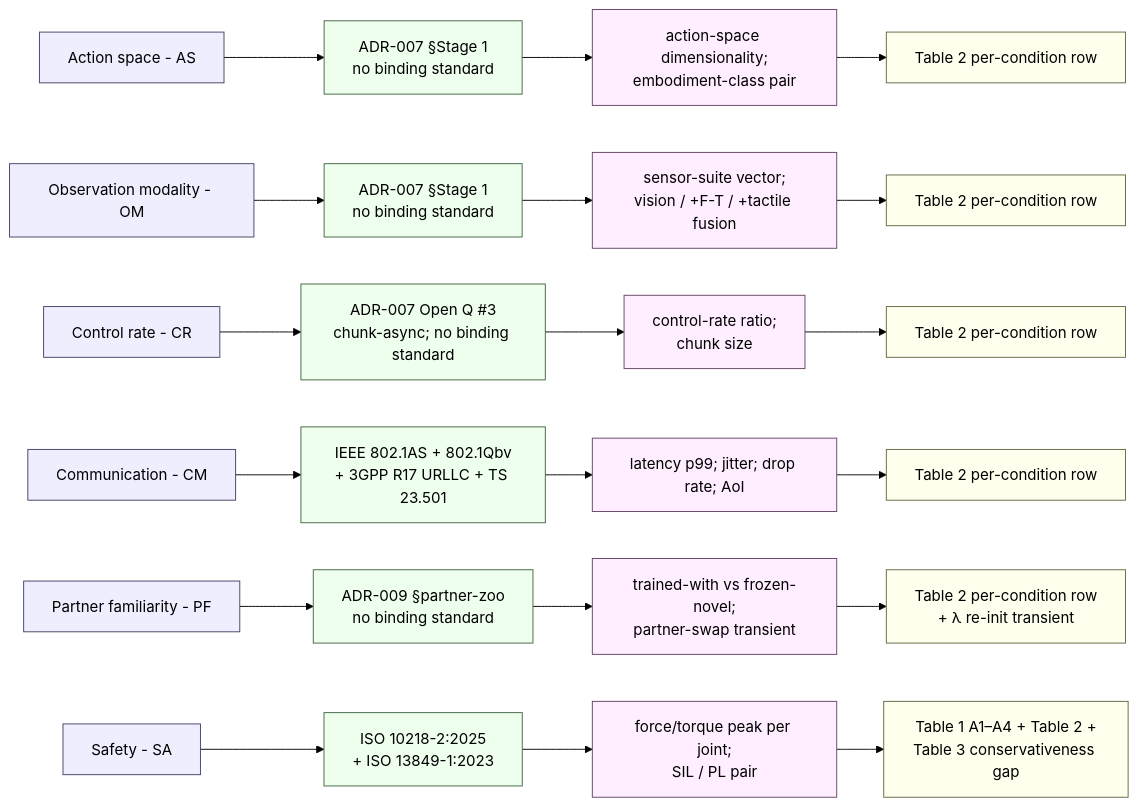
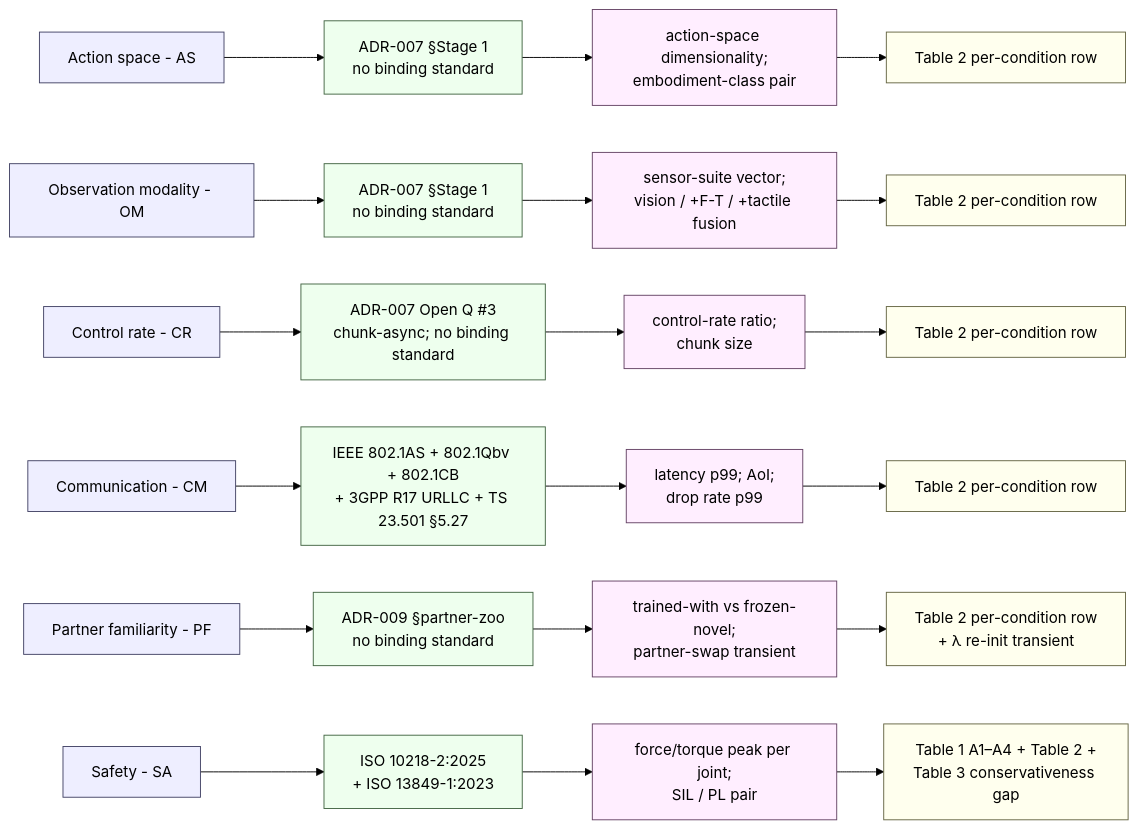
Before and after one commit to fsafaei/concerto: the diagram in docs/reference/standards.md, drawn with Mermaid (forest theme). The commit also changed other lines of this file and 2 other files, not shown here.

First line of the commit message:
docs(adr-003+006): cite TSN clause-level standards underneath URLLC (#84)

````diff
--- a/docs/reference/standards.md
+++ b/docs/reference/standards.md
@@ -106,42 +186,42 @@
 ```mermaid
 flowchart LR
     classDef axis    fill:#eef,stroke:#446,stroke-width:1px;
     classDef std     fill:#efe,stroke:#464,stroke-width:1px;
     classDef metric  fill:#fef,stroke:#646,stroke-width:1px;
     classDef report  fill:#ffe,stroke:#664,stroke-width:1px;
 
     AS[Action space - AS]:::axis
     OM[Observation modality - OM]:::axis
     CR[Control rate - CR]:::axis
     CM[Communication - CM]:::axis
     PF[Partner familiarity - PF]:::axis
     SA[Safety - SA]:::axis
 
     AS_S[ADR-007 §Stage 1<br/>no binding standard]:::std
     OM_S[ADR-007 §Stage 1<br/>no binding standard]:::std
     CR_S[ADR-007 Open Q #3<br/>chunk-async; no binding standard]:::std
-    CM_S[IEEE 802.1AS + 802.1Qbv<br/>+ 3GPP R17 URLLC + TS 23.501]:::std
+    CM_S[IEEE 802.1AS + 802.1Qbv + 802.1CB<br/>+ 3GPP R17 URLLC + TS 23.501 §5.27]:::std
     PF_S[ADR-009 §partner-zoo<br/>no binding standard]:::std
     SA_S[ISO 10218-2:2025<br/>+ ISO 13849-1:2023]:::std
 
     AS_M[action-space dimensionality;<br/>embodiment-class pair]:::metric
     OM_M[sensor-suite vector;<br/>vision / +F-T / +tactile fusion]:::metric
     CR_M[control-rate ratio;<br/>chunk size]:::metric
-    CM_M[latency p99; jitter; drop rate; AoI]:::metric
+    CM_M[latency p99; AoI;<br/>drop rate p99]:::metric
     PF_M[trained-with vs frozen-novel;<br/>partner-swap transient]:::metric
     SA_M[force/torque peak per joint;<br/>SIL / PL pair]:::metric
 
     AS_R[Table 2 per-condition row]:::report
     OM_R[Table 2 per-condition row]:::report
     CR_R[Table 2 per-condition row]:::report
     CM_R[Table 2 per-condition row]:::report
     PF_R[Table 2 per-condition row<br/>+ λ re-init transient]:::report
     SA_R[Table 1 A1–A4 + Table 2 +<br/>Table 3 conservativeness gap]:::report
 
     AS --> AS_S --> AS_M --> AS_R
     OM --> OM_S --> OM_M --> OM_R
     CR --> CR_S --> CR_M --> CR_R
     CM --> CM_S --> CM_M --> CM_R
     PF --> PF_S --> PF_M --> PF_R
     SA --> SA_S --> SA_M --> SA_R
 ```
````
